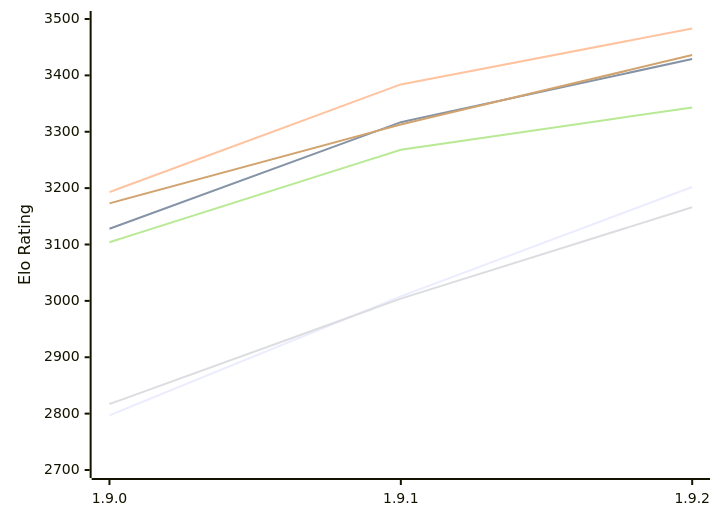
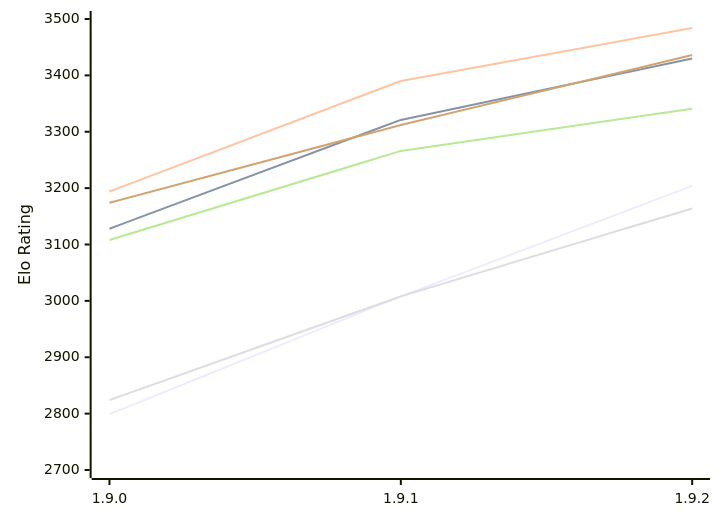
The diagram in engines/Superpawn.md (computer-chess-index/cci), drawn with Mermaid before and after one commit. The commit also changed other lines of this file, not shown here.

Commit message:
Update CCI Ratings (ELO VLTC) - 2026-11-17

````diff
--- a/engines/Superpawn.md
+++ b/engines/Superpawn.md
@@ -51,12 +51,12 @@
 ```mermaid
 %%{init: {"theme":"base","themeVariables":{"seriesColors:['#a3a3a3','#222221','#faa371']}}}%%
 xychart-beta
   x-axis ["1.9.0", "1.9.1", "1.9.2"]
   y-axis "Elo Rating" 2700 --> 3500
-  line "E1: STC (8.0+0.08s)" [2797, 3008, 3202]
-  line "E1: LTC (60.0+0.60s)" [3128, 3317, 3429]
-  line "E1: VLTC (2m24s+1.12s)" [3193, 3384, 3483]
-  line "P1: STC (8.0+0.08s)" [2817, 3004, 3166]
-  line "P1: LTC (60.0+0.60s)" [3104, 3268, 3343]
-  line "P1: VLTC (2m24s+1.12s)" [3173, 3313, 3436]
+  line "E1: STC (8.0+0.08s)" [2799, 3008, 3204]
+  line "E1: LTC (60.0+0.60s)" [3128, 3321, 3430]
+  line "E1: VLTC (2m24s+1.12s)" [3194, 3390, 3484]
+  line "P1: STC (8.0+0.08s)" [2824, 3008, 3164]
+  line "P1: LTC (60.0+0.60s)" [3108, 3266, 3341]
+  line "P1: VLTC (2m24s+1.12s)" [3174, 3312, 3436]
 ```
````
